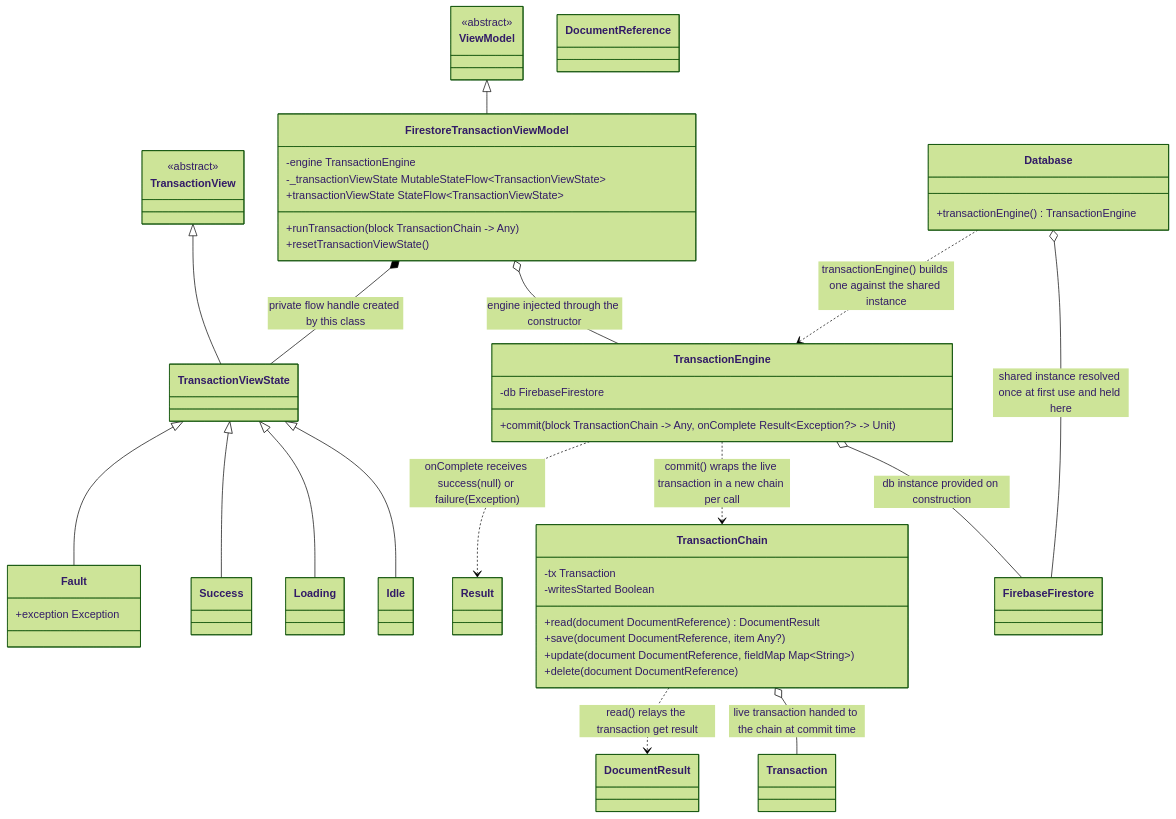
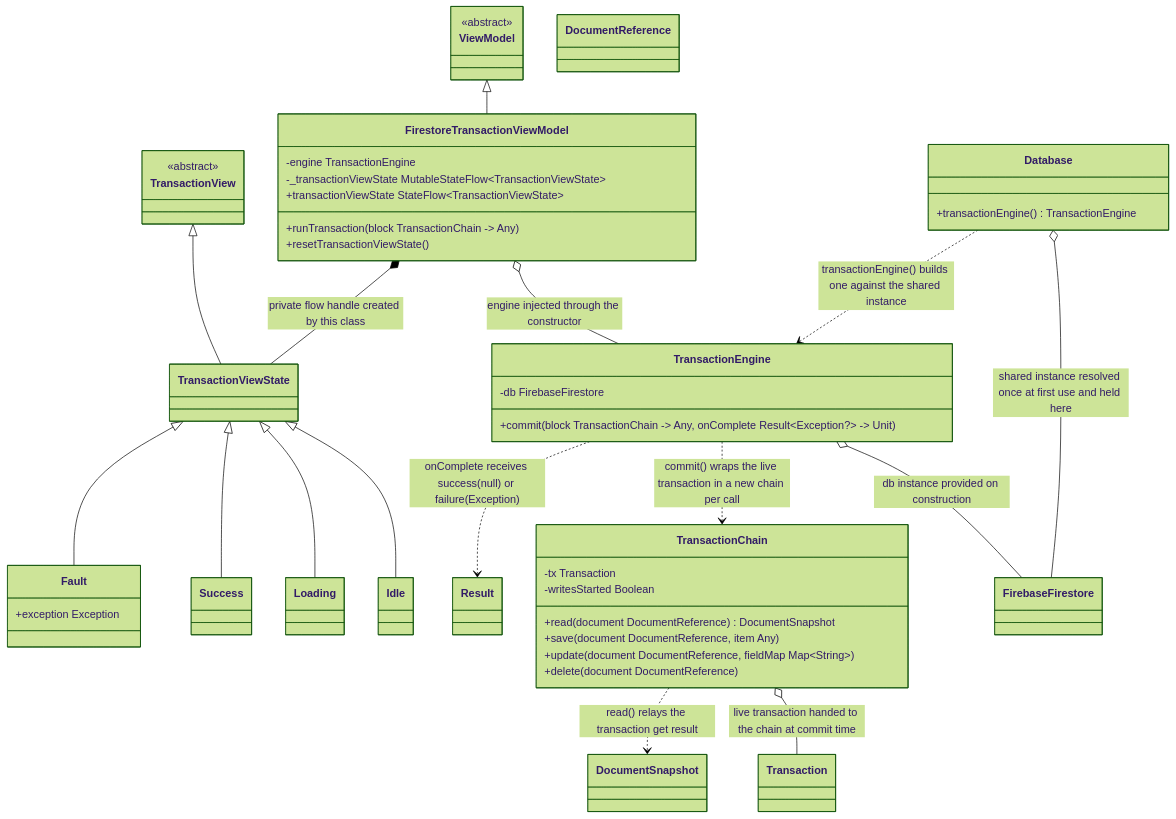
The diagram in documentation/Transactions.md (Quaser301/quasar-flow), drawn with Mermaid (forest theme) before and after one commit. The commit also changed other lines of this file, not shown here.

Commit message:
Updated the transaction UML to the corrected Firestore API surface

````diff
--- a/documentation/Transactions.md
+++ b/documentation/Transactions.md
@@ -11,56 +11,56 @@
 ```mermaid
 classDiagram
     class TransactionEngine {
         -db FirebaseFirestore
         +commit(block TransactionChain -> Any, onComplete Result~Exception?~ -> Unit)
     }
     class TransactionChain {
         -tx Transaction
         -writesStarted Boolean
-        +read(document DocumentReference) DocumentResult
-        +save(document DocumentReference, item Any?)
+        +read(document DocumentReference) DocumentSnapshot
+        +save(document DocumentReference, item Any)
         +update(document DocumentReference, fieldMap Map~String~)
         +delete(document DocumentReference)
     }
     class TransactionView <<abstract>>
     class TransactionViewState
     class Idle
     class Loading
     class Success
     class Fault {
         +exception Exception
     }
     class ViewModel <<abstract>>
     class FirestoreTransactionViewModel {
         -engine TransactionEngine
         -_transactionViewState MutableStateFlow~TransactionViewState~
         +transactionViewState StateFlow~TransactionViewState~
         +runTransaction(block TransactionChain -> Any)
         +resetTransactionViewState()
     }
     class Database {
         +transactionEngine() TransactionEngine
     }
     class FirebaseFirestore
     class Transaction
     class DocumentReference
-    class DocumentResult
+    class DocumentSnapshot
     class Result
 
     TransactionView <|-- TransactionViewState
     TransactionViewState <|-- Idle
     TransactionViewState <|-- Loading
     TransactionViewState <|-- Success
     TransactionViewState <|-- Fault
     ViewModel <|-- FirestoreTransactionViewModel
 
     Database o-- FirebaseFirestore : shared instance resolved once at first use and held here
     TransactionEngine o-- FirebaseFirestore : db instance provided on construction
     TransactionChain o-- Transaction : live transaction handed to the chain at commit time
     FirestoreTransactionViewModel o-- TransactionEngine : engine injected through the constructor
     FirestoreTransactionViewModel *-- TransactionViewState : private flow handle created by this class
     TransactionEngine ..> TransactionChain : commit() wraps the live transaction in a new chain per call
-    TransactionChain ..> DocumentResult : read() relays the transaction get result
+    TransactionChain ..> DocumentSnapshot : read() relays the transaction get result
     TransactionEngine ..> Result : onComplete receives success(null) or failure(Exception)
     Database ..> TransactionEngine : transactionEngine() builds one against the shared instance
 ```
````
